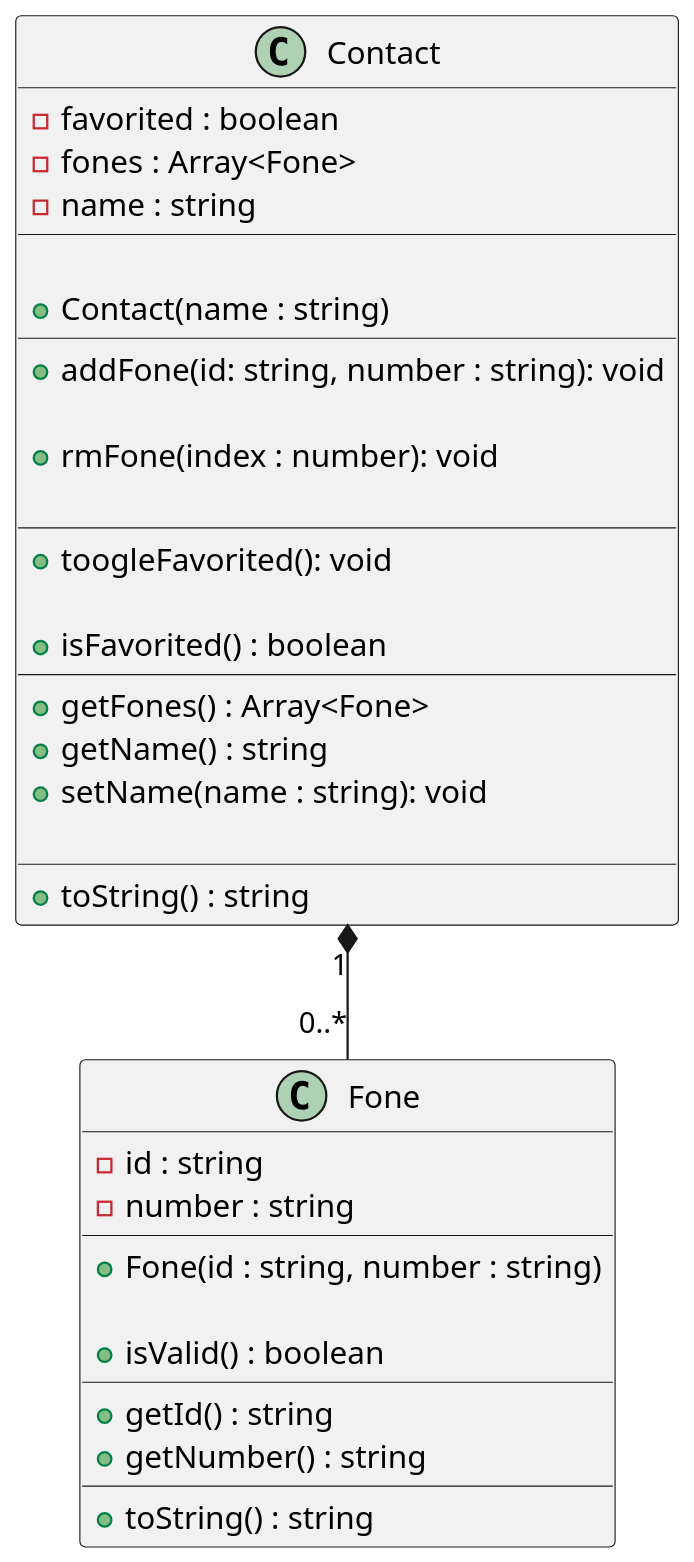
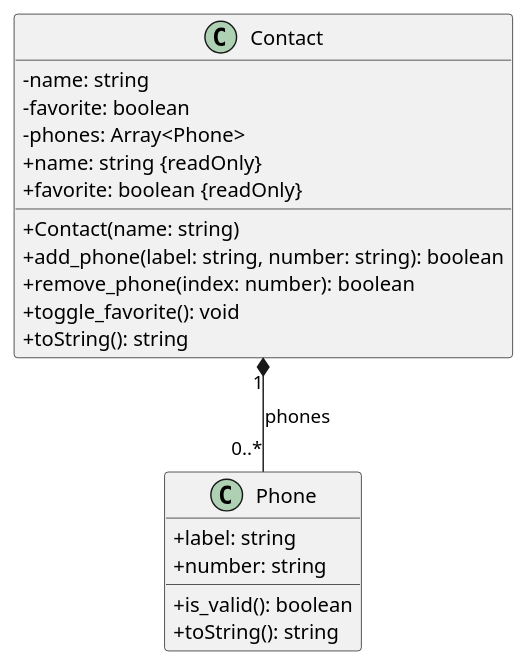
The diagram in labs/contato/assets/diagrama.puml (qxcodepoo/arcade), drawn with PlantUML before and after one commit. The commit also changed other lines of this file and 21 other files, not shown here.

```diff
--- a/labs/contato/assets/diagrama.puml
+++ b/labs/contato/assets/diagrama.puml
@@ -2,73 +1,25 @@
 @startuml
+skinparam classAttributeIconSize 0
 
-skinparam defaultFontName "Source Code Pro"
-skinparam dpi 150
-
-
-
-class Fone {
-  - id : string
-  - number : string
-  __
-  ' inicializa as variaveis
-  + Fone(id : string, number : string)
-  
-  ' verifica se o número é um número de telefone válido
-  ' crie uma str "validos" com todos os caracteres válidos
-  ' para cada caractere c do número:
-  '   se c não estiver em validos:
-  '     retorne false
-  ' retorne true
-  + isValid() : boolean
-  __
-  + getId() : string
-  + getNumber() : string
-  __
-  ' Gera uma string para impressão
-  ' ex: oi:1234
-  + toString() : string
+class Phone {
+  + label: string
+  + number: string
+  + is_valid(): boolean
+  + toString(): string
 }
 
 class Contact {
-  - favorited : boolean
-  - fones : Array<Fone>
-  - name : string
-  __
-  
-  ' inicialize o fone com o nome, favorited como false e a lista de fones vazia
-  + Contact(name : string)
-  __
-  ' se fone for válido:
-  '   insira no fim da lista de fones
-  ' se não:
-  '   informe o erro
-  + addFone(id: string, number : string): void
-  
-  ' se o índice existir:
-  '   remove o fone pelo indice
-  + rmFone(index : number): void
-  
-  __
-  ' favorita ou desfavorita o contato
-  + toogleFavorited(): void
-
-  ' retorna se o contato está favoritado
-  + isFavorited() : boolean
-  __
-  + getFones() : Array<Fone>
-  + getName() : string
-  + setName(name : string): void
-
-  __
-  ' use um contador para mostrar o índice do telefone
-  ' use o toString do fone para adicioná-lo à saída
-  ' se o contato estiver favoritado, adicione um @ antes do nome
-  ' o resultado dever ficar assim:
-  ' ex: - david [oi:123, tim:9081, claro:5431]
-  + toString() : string
+  - name: string
+  - favorite: boolean
+  - phones: Array<Phone>
+  + name: string {readOnly}
+  + favorite: boolean {readOnly}
+  + Contact(name: string)
+  + add_phone(label: string, number: string): boolean
+  + remove_phone(index: number): boolean
+  + toggle_favorite(): void
+  + toString(): string
 }
 
-
-
-Contact "1" *--  "0..*" Fone
+Contact "1" *-- "0..*" Phone : phones
 @enduml
```
